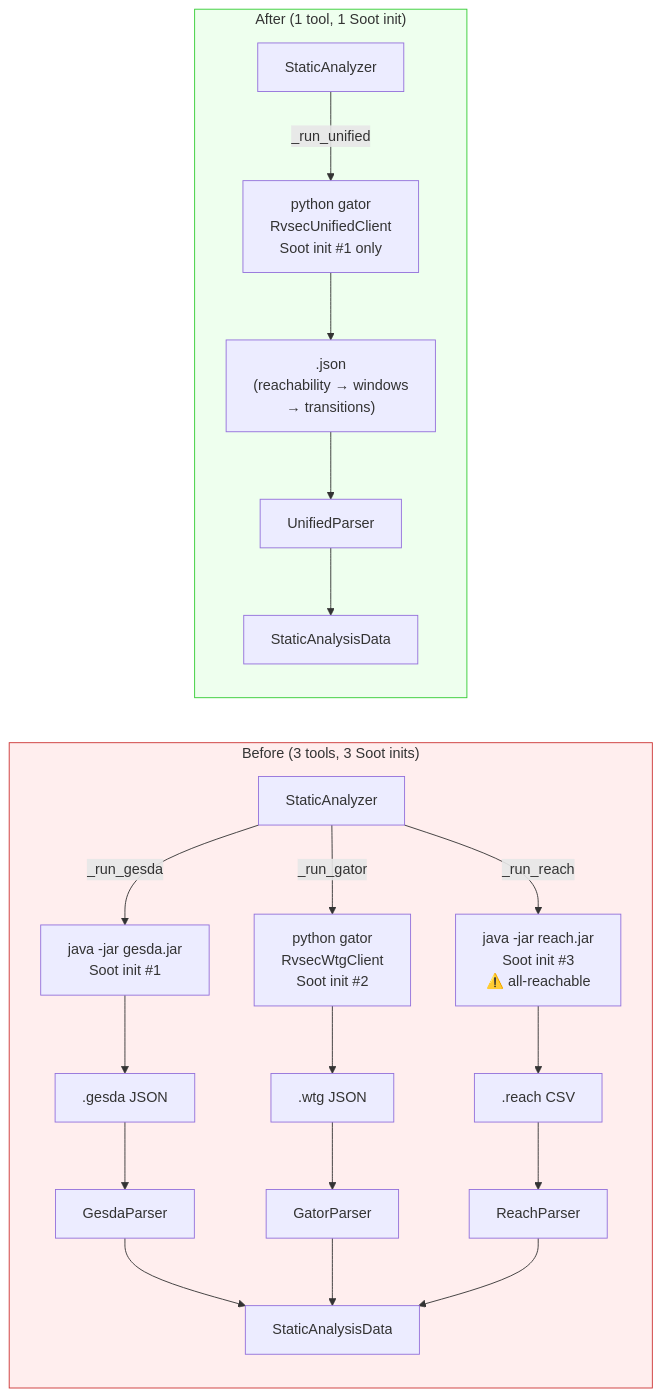
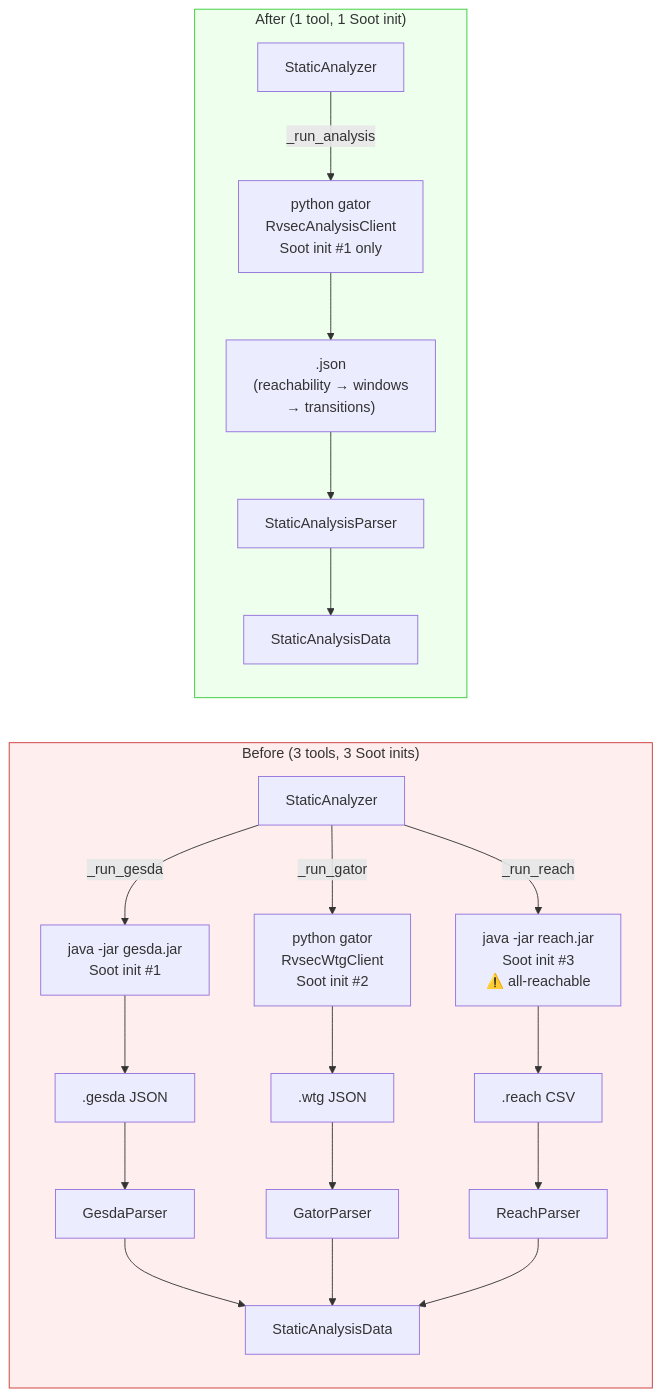
Before and after one commit to PAMunb/rvsec: the first of 4 diagrams in rv-android/openspec/changes/gh27-unified-static-analysis/design.md, drawn with Mermaid. The commit also changed other lines of this file and 4 other files, not shown here.

````diff
--- a/rv-android/openspec/changes/gh27-unified-static-analysis/design.md
+++ b/rv-android/openspec/changes/gh27-unified-static-analysis/design.md
@@ -24,29 +24,29 @@
 ```mermaid
 flowchart LR
     subgraph BEFORE["Before (3 tools, 3 Soot inits)"]
         SA1[StaticAnalyzer]
         SA1 -->|_run_gesda| GESDA["java -jar gesda.jar<br/>Soot init #1"]
         SA1 -->|_run_gator| GATOR1["python gator<br/>RvsecWtgClient<br/>Soot init #2"]
         SA1 -->|_run_reach| REACH["java -jar reach.jar<br/>Soot init #3<br/>⚠️ all-reachable"]
         GESDA --> F1[".gesda JSON"]
         GATOR1 --> F2[".wtg JSON"]
         REACH --> F3[".reach CSV"]
         F1 --> GP[GesdaParser]
         F2 --> GTP[GatorParser]
         F3 --> RP[ReachParser]
         GP --> SAD1[StaticAnalysisData]
         GTP --> SAD1
         RP --> SAD1
     end
 
     subgraph AFTER["After (1 tool, 1 Soot init)"]
         SA2[StaticAnalyzer]
-        SA2 -->|_run_unified| GATOR2["python gator<br/>RvsecUnifiedClient<br/>Soot init #1 only"]
+        SA2 -->|_run_analysis| GATOR2["python gator<br/>RvsecAnalysisClient<br/>Soot init #1 only"]
         GATOR2 --> F4[".json<br/>(reachability → windows<br/>→ transitions)"]
-        F4 --> UP[UnifiedParser]
+        F4 --> UP[StaticAnalysisParser]
         UP --> SAD2[StaticAnalysisData]
     end
 
     style BEFORE fill:#fee,stroke:#c33
     style AFTER fill:#efe,stroke:#3c3
 ```
````
